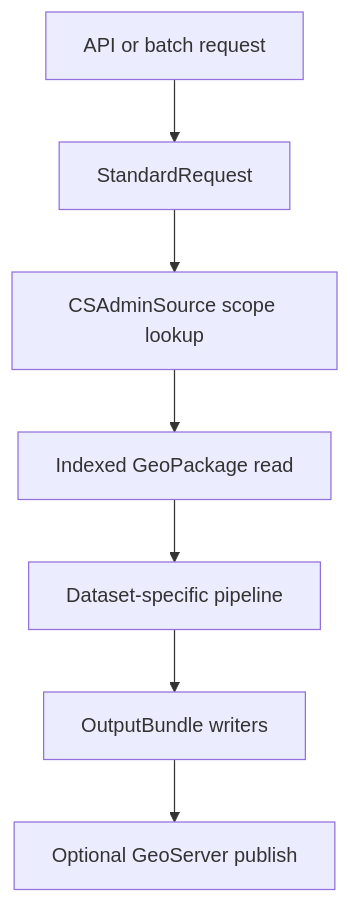
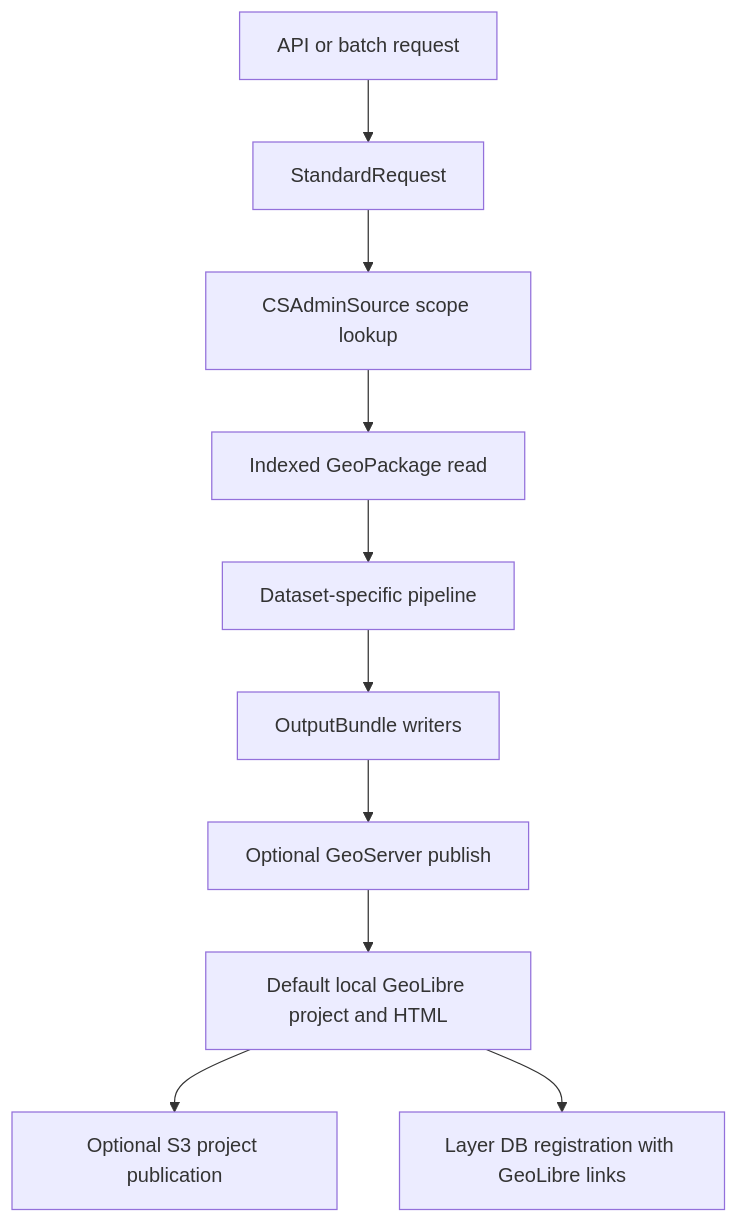
The diagram in computing/misc/local_pipeline/README.md (core-stack-org/core-stack-backend), drawn with Mermaid before and after one commit. The commit also changed other lines of this file and 7 other files, not shown here.

Commit message:
Add GeoLibre outputs to local pipelines

````diff
--- a/computing/misc/local_pipeline/README.md
+++ b/computing/misc/local_pipeline/README.md
@@ -16,9 +18,12 @@
 ```mermaid
 flowchart TD
     A[API or batch request] --> B[StandardRequest]
     B --> C[CSAdminSource scope lookup]
     C --> D[Indexed GeoPackage read]
     D --> E[Dataset-specific pipeline]
     E --> F[OutputBundle writers]
     F --> G[Optional GeoServer publish]
+    G --> H[Default local GeoLibre project and HTML]
+    H --> I[Optional S3 project publication]
+    H --> J[Layer DB registration with GeoLibre links]
 ```
````
